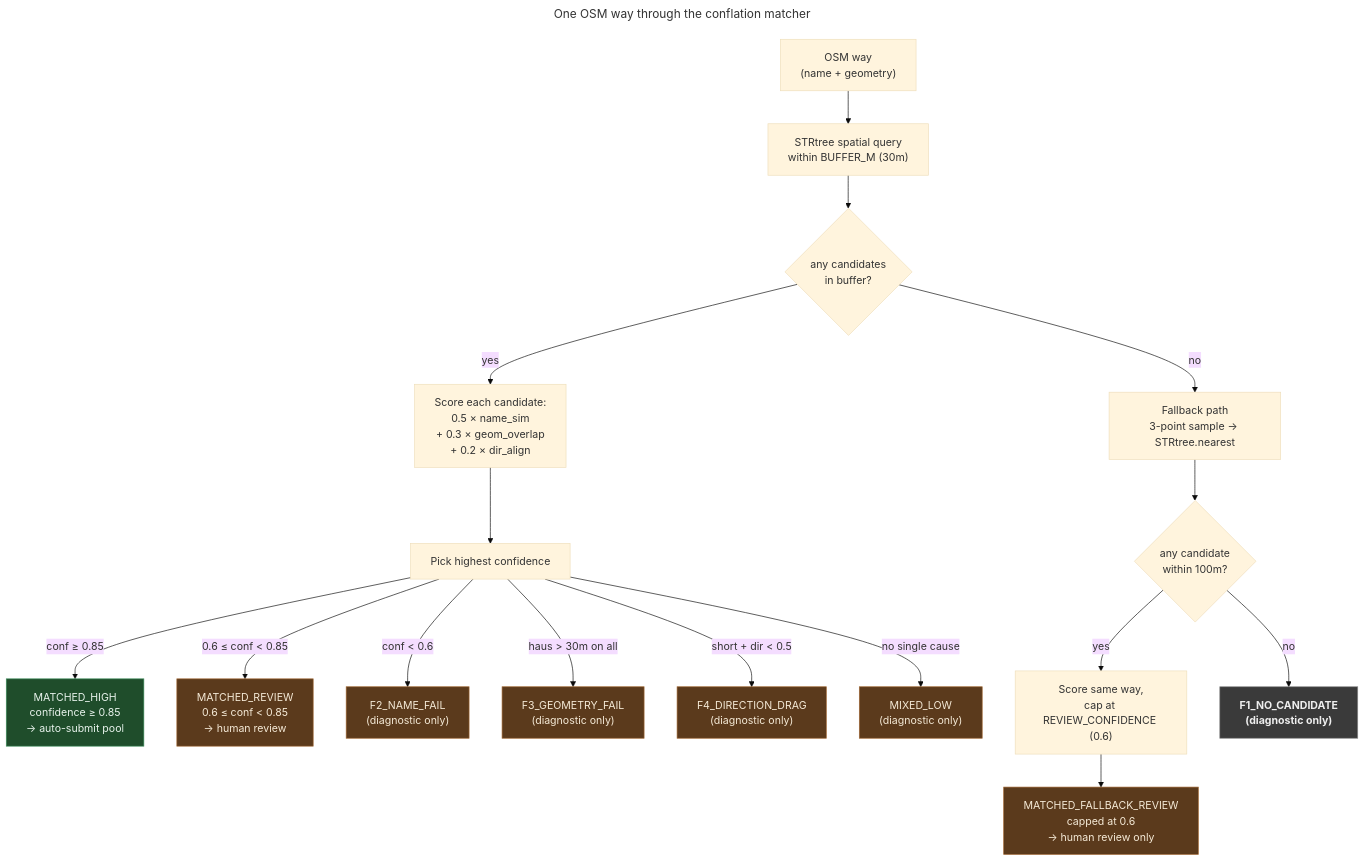
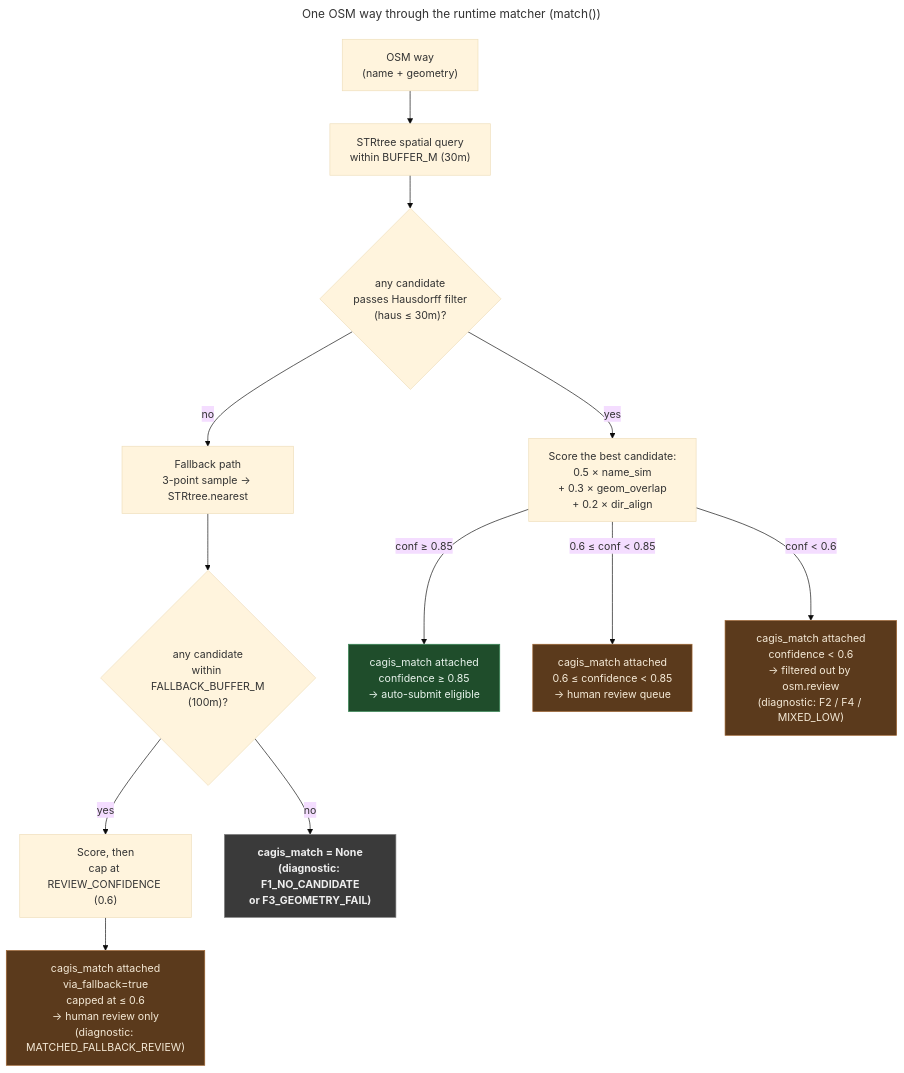
Before and after one commit to AICincy/MetroNow: the diagram in docs/explainers/conflation-matcher.md, drawn with Mermaid (base theme). The commit also changed other lines of this file, not shown here.

First line of the commit message:
docs: fix conflation-matcher accuracy issues from PR #24 review

````diff
--- a/docs/explainers/conflation-matcher.md
+++ b/docs/explainers/conflation-matcher.md
@@ -106,47 +118,39 @@
 ```mermaid
 ---
-title: One OSM way through the conflation matcher
+title: One OSM way through the runtime matcher (match())
 ---
 flowchart TD
     Way["OSM way<br/>(name + geometry)"]
     STR["STRtree spatial query<br/>within BUFFER_M (30m)"]
-    Candidates{"any candidates<br/>in buffer?"}
-    Score["Score each candidate:<br/>0.5 × name_sim<br/>+ 0.3 × geom_overlap<br/>+ 0.2 × dir_align"]
-    Best["Pick highest confidence"]
+    PassedHaus{"any candidate<br/>passes Hausdorff filter<br/>(haus ≤ 30m)?"}
+    Score["Score the best candidate:<br/>0.5 × name_sim<br/>+ 0.3 × geom_overlap<br/>+ 0.2 × dir_align"]
 
     Fallback["Fallback path<br/>3-point sample → STRtree.nearest"]
-    FBHas{"any candidate<br/>within 100m?"}
-    FBScore["Score same way,<br/>cap at REVIEW_CONFIDENCE (0.6)"]
+    FBHas{"any candidate<br/>within FALLBACK_BUFFER_M<br/>(100m)?"}
+    FBScore["Score, then<br/>cap at REVIEW_CONFIDENCE (0.6)"]
 
-    HIGH["MATCHED_HIGH<br/>confidence ≥ 0.85<br/>→ auto-submit pool"]
-    REVIEW["MATCHED_REVIEW<br/>0.6 ≤ conf < 0.85<br/>→ human review"]
-    FBR["MATCHED_FALLBACK_REVIEW<br/>capped at 0.6<br/>→ human review only"]
-    F1["F1_NO_CANDIDATE<br/>(diagnostic only)"]
-    F2["F2_NAME_FAIL<br/>(diagnostic only)"]
-    F3["F3_GEOMETRY_FAIL<br/>(diagnostic only)"]
-    F4["F4_DIRECTION_DRAG<br/>(diagnostic only)"]
-    MIXED["MIXED_LOW<br/>(diagnostic only)"]
+    HIGH["cagis_match attached<br/>confidence ≥ 0.85<br/>→ auto-submit eligible"]
+    REVIEW["cagis_match attached<br/>0.6 ≤ confidence < 0.85<br/>→ human review queue"]
+    LOW["cagis_match attached<br/>confidence < 0.6<br/>→ filtered out by osm.review<br/>(diagnostic: F2 / F4 / MIXED_LOW)"]
+    FBR["cagis_match attached<br/>via_fallback=true<br/>capped at ≤ 0.6<br/>→ human review only<br/>(diagnostic: MATCHED_FALLBACK_REVIEW)"]
+    NONE["cagis_match = None<br/>(diagnostic: F1_NO_CANDIDATE<br/>or F3_GEOMETRY_FAIL)"]
 
     Way --> STR
-    STR --> Candidates
-    Candidates -- yes --> Score
-    Candidates -- no --> Fallback
-    Score --> Best
-    Best -- "conf ≥ 0.85" --> HIGH
-    Best -- "0.6 ≤ conf < 0.85" --> REVIEW
-    Best -- "conf < 0.6" --> F2
-    Best -- "haus > 30m on all" --> F3
-    Best -- "short + dir < 0.5" --> F4
-    Best -- "no single cause" --> MIXED
+    STR --> PassedHaus
+    PassedHaus -- yes --> Score
+    PassedHaus -- no --> Fallback
+    Score -- "conf ≥ 0.85" --> HIGH
+    Score -- "0.6 ≤ conf < 0.85" --> REVIEW
+    Score -- "conf < 0.6" --> LOW
     Fallback --> FBHas
     FBHas -- yes --> FBScore
-    FBHas -- no --> F1
+    FBHas -- no --> NONE
     FBScore --> FBR
 
     classDef safe fill:#1f4d2b,stroke:#3b8c5a,color:#e8f3ec
     classDef judgment fill:#5b3a1c,stroke:#a06632,color:#f5ead7
     classDef gate fill:#3a3a3a,stroke:#888,color:#eee,font-weight:bold
     class HIGH safe
-    class REVIEW,FBR,F2,F3,F4,MIXED judgment
-    class F1 gate
+    class REVIEW,FBR,LOW judgment
+    class NONE gate
 ```
````
